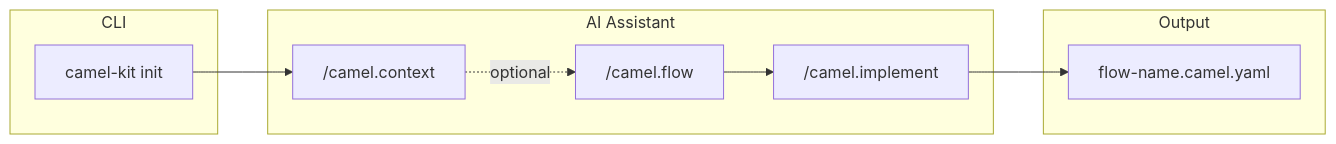
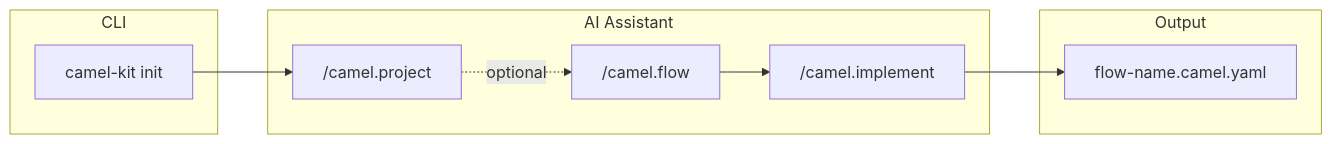
The first of 3 diagrams in README.md (luigidemasi/camel-kit), drawn with Mermaid before and after one commit. The commit also changed other lines of this file and 37 other files, not shown here.

````diff
--- a/README.md
+++ b/README.md
@@ -13,19 +13,19 @@
 ```mermaid
 flowchart LR
     subgraph CLI
         A[camel-kit init]
     end
     subgraph "AI Assistant"
-        B["/camel.context"]
+        B["/camel.project"]
         C["/camel.flow"]
         D["/camel.implement"]
     end
     subgraph Output
         E["flow-name.camel.yaml"]
     end
 
     A --> B
     B -.->|optional| C
     C --> D
     D --> E
 ```
````
